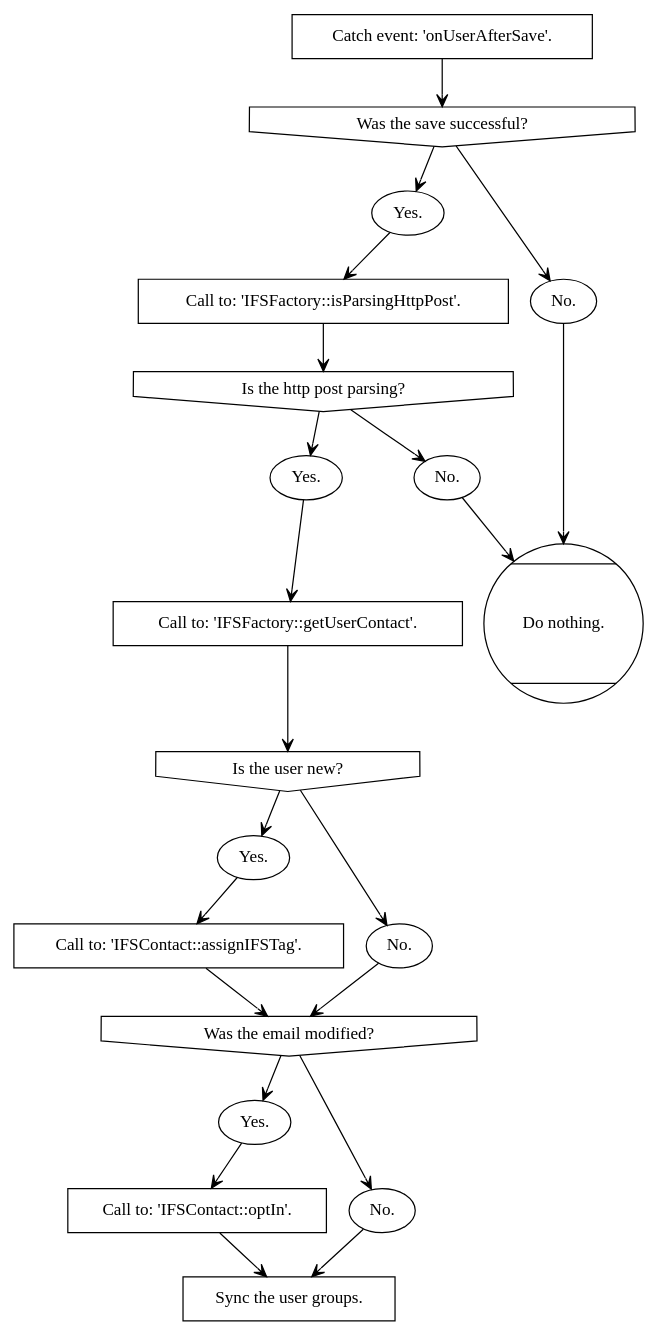
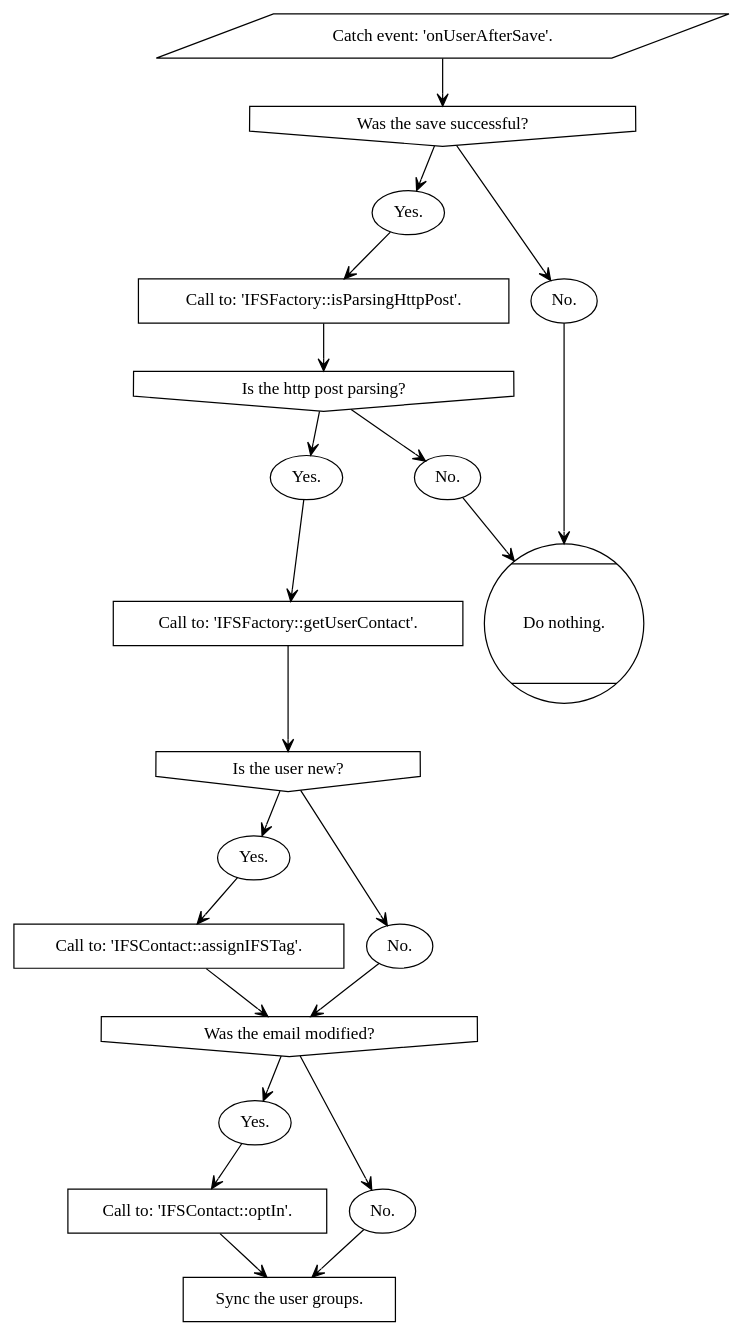
One commit to treste91/JoomFuse changed the second of 2 diagrams in docs/procedures/upload_user.rst. Above: the diagram before and after it, drawn with Graphviz. The commit also changed other lines of this file, not shown here.

```diff
--- a/docs/procedures/upload_user.rst
+++ b/docs/procedures/upload_user.rst
@@ -46,47 +46,47 @@
 .. graphviz::
    
    digraph {
    
-      14 [label="Catch event: 'onUserAfterSave'." shape=trapeziod]
+      14 [label="Catch event: 'onUserAfterSave'." shape=parallelogram]
       15 [label="Was the save successful?" shape=invhouse]
       16 [label="Yes." shape=oval]
       17 [label="No." shape=oval]
       18 [label="Call to: 'IFSFactory::isParsingHttpPost'." shape=rectangle]
       19 [label="Is the http post parsing?" shape=invhouse]
       20 [label="Yes." shape=oval]
       21 [label="No." shape=oval]
       22 [label="Call to: 'IFSFactory::getUserContact'." shape=rectangle]
       23 [label="Is the user new?" shape=invhouse]
       24 [label="Yes." shape=oval]
       25 [label="No." shape=oval]
       26 [label="Call to: 'IFSContact::assignIFSTag'." shape=rectangle]
       27 [label="Was the email modified?" shape=invhouse]
       28 [label="Yes." shape=oval]
       29 [label="No." shape=oval]
       30 [label="Call to: 'IFSContact::optIn'." shape=rectangle]
       31 [label="Sync the user groups." shape=rectangle]
       32 [label="Do nothing." shape=Mcircle]
      
       14 -> 15 [arrowhead=vee arrowsize=1]
       15 -> 16 [arrowhead=vee arrowsize=1]
       15 -> 17 [arrowhead=vee arrowsize=1]
       17 -> 32 [arrowhead=vee arrowsize=1]
       16 -> 18 [arrowhead=vee arrowsize=1]
       18 -> 19 [arrowhead=vee arrowsize=1]
       19 -> 20 [arrowhead=vee arrowsize=1]
       19 -> 21 [arrowhead=vee arrowsize=1]
       21 -> 32 [arrowhead=vee arrowsize=1]
       20 -> 22 [arrowhead=vee arrowsize=1]
       22 -> 23 [arrowhead=vee arrowsize=1]
       23 -> 24 [arrowhead=vee arrowsize=1]
       23 -> 25 [arrowhead=vee arrowsize=1]
       24 -> 26 [arrowhead=vee arrowsize=1]
       26 -> 27 [arrowhead=vee arrowsize=1]
       25 -> 27 [arrowhead=vee arrowsize=1]
       27 -> 28 [arrowhead=vee arrowsize=1]
       27 -> 29 [arrowhead=vee arrowsize=1]
       28 -> 30 [arrowhead=vee arrowsize=1]
       29 -> 31 [arrowhead=vee arrowsize=1]
       30 -> 31 [arrowhead=vee arrowsize=1]
       
    }
```
